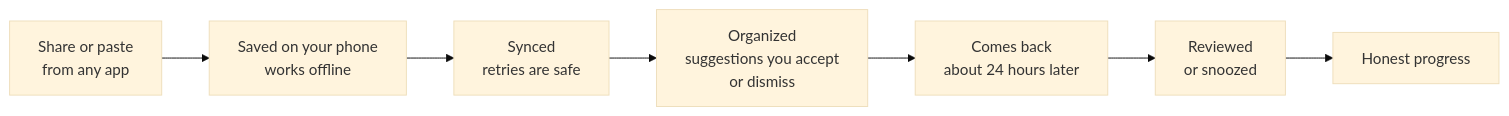
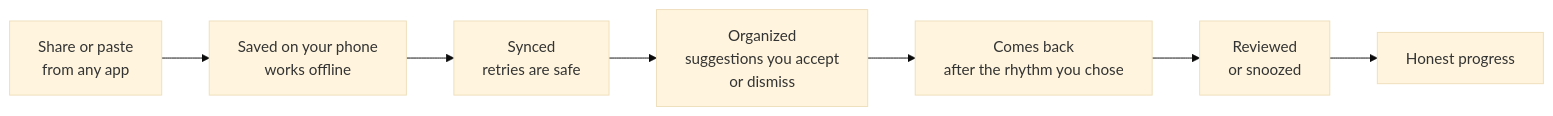
The second of 2 diagrams in README.md (MI-TECHDLIN/pinne), drawn with Mermaid (base theme) before and after one commit. The commit also changed other lines of this file and 60 other files, not shown here.

````diff
--- a/README.md
+++ b/README.md
@@ -82,9 +82,9 @@
 ```mermaid
 flowchart LR
   A["Share or paste<br/>from any app"] --> B["Saved on your phone<br/>works offline"]
   B --> C["Synced<br/>retries are safe"]
   C --> D["Organized<br/>suggestions you accept<br/>or dismiss"]
-  D --> E["Comes back<br/>about 24 hours later"]
+  D --> E["Comes back<br/>after the rhythm you chose"]
   E --> F["Reviewed<br/>or snoozed"]
   F --> G["Honest progress"]
 ```
````
